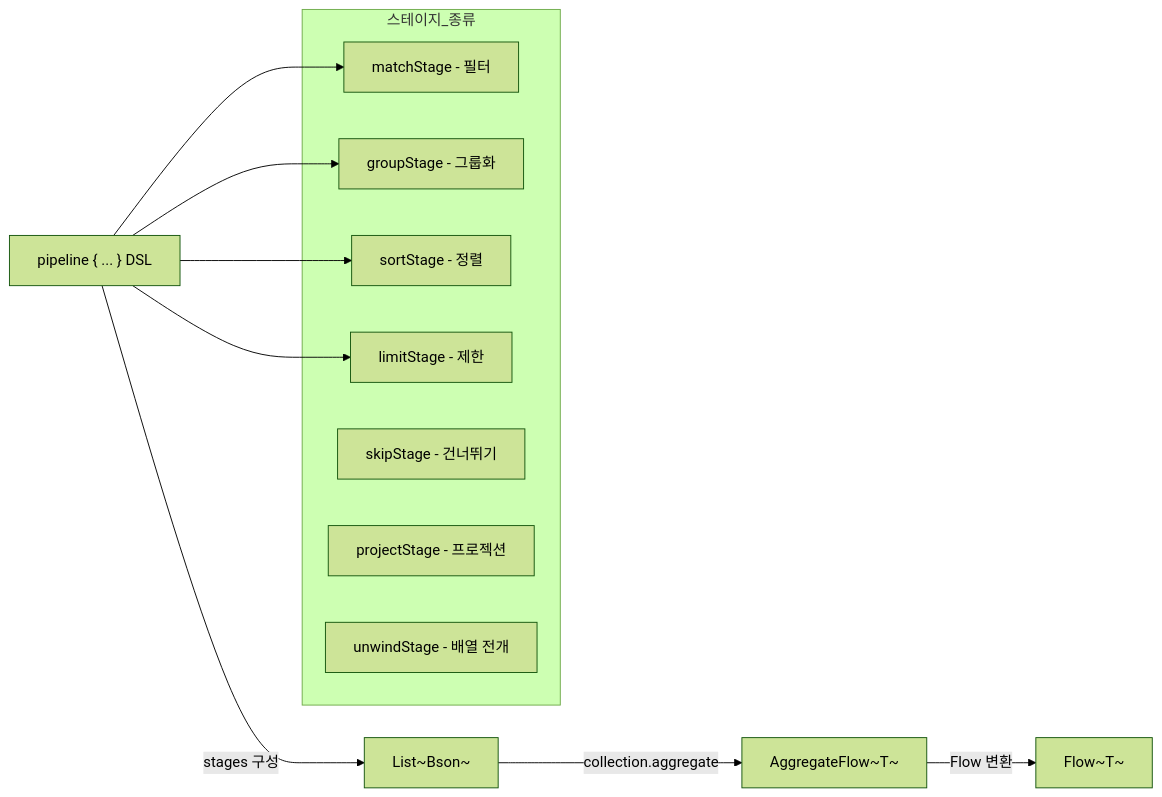
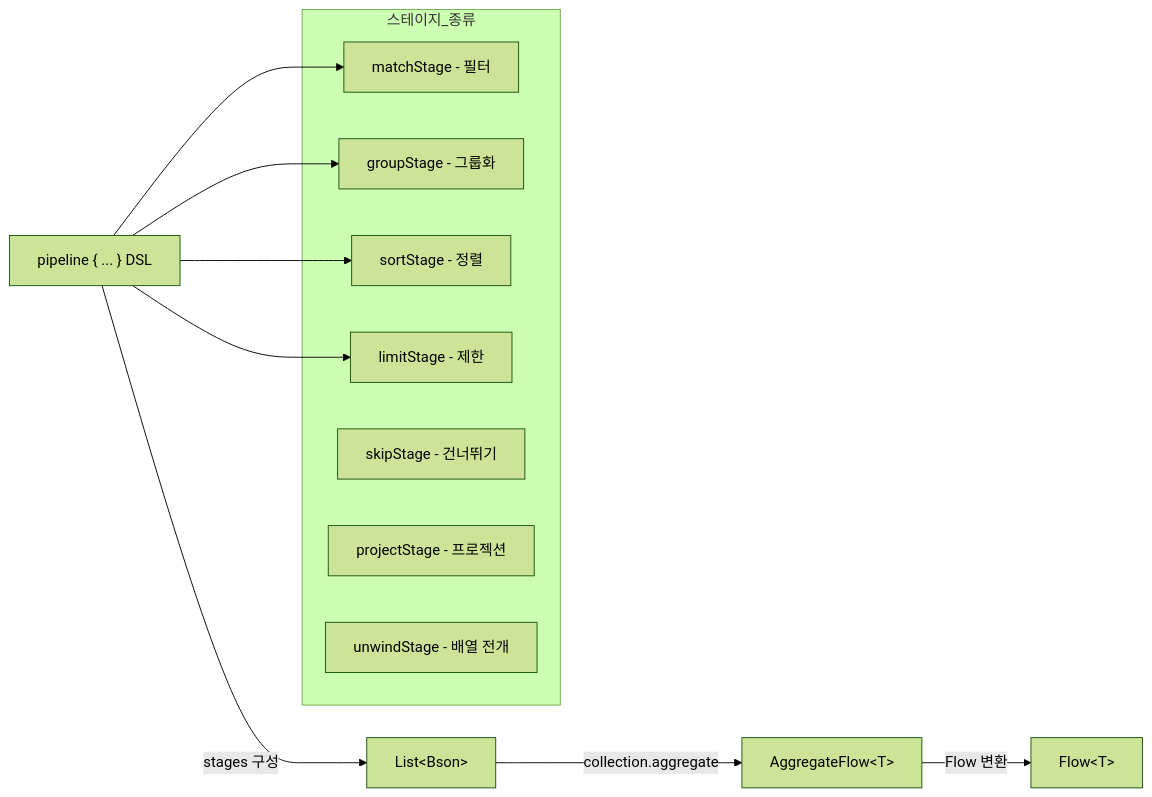
One commit to bluetape4k/bluetape4k-projects changed the third of 3 diagrams in data/mongodb/README.md. Above: the diagram before and after it, drawn with Mermaid (forest theme). The commit also changed other lines of this file and 95 other files, not shown here.

First line of the commit message:
docs: Mermaid 파서 오류 전체 수정 (IntelliJ IDEA 호환)

````diff
--- a/data/mongodb/README.md
+++ b/data/mongodb/README.md
@@ -255,21 +250,21 @@
 ```mermaid
 flowchart LR
-    A["pipeline { ... } DSL"] -->|stages 구성| B[List~Bson~]
-    B -->|collection.aggregate| C[AggregateFlow~T~]
-    C -->|Flow 변환| D[Flow~T~]
+    A["pipeline { ... } DSL"] -->|stages 구성| B["List&lt;Bson&gt;"]
+    B -->|collection.aggregate| C["AggregateFlow&lt;T&gt;"]
+    C -->|Flow 변환| D["Flow&lt;T&gt;"]
 
     subgraph 스테이지_종류
         E[matchStage - 필터]
         F[groupStage - 그룹화]
         G[sortStage - 정렬]
         H[limitStage - 제한]
         I[skipStage - 건너뛰기]
         J[projectStage - 프로젝션]
         K[unwindStage - 배열 전개]
     end
 
     A --> E
     A --> F
     A --> G
     A --> H
 ```
````
